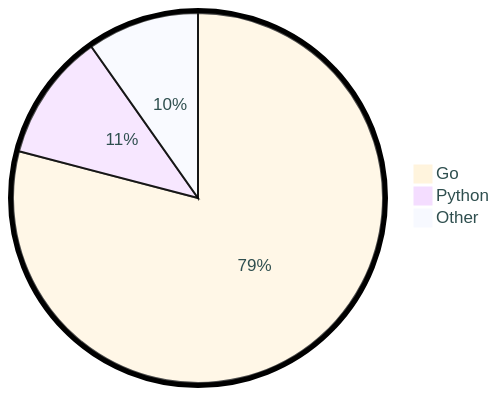
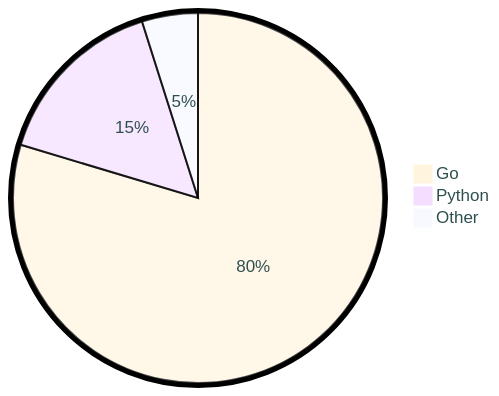
The diagram in README.md (tot0p/tot0p), drawn with Mermaid before and after one commit. The commit also changed other lines of this file, not shown here.

````diff
--- a/README.md
+++ b/README.md
@@ -77,7 +74,7 @@
 ```mermaid
 %%{init: {"pie": {"textPosition": 0.5}, "themeVariables": {"pieOuterStrokeWidth": "5px","primaryTextColor" : "#2F4F4F"},"theme":"base"} }%%
 pie
-	"Go": 79.07
-	"Python": 11.16
-	"Other": 9.769999999999998
+	"Go": 79.65
+	"Python": 15.47
+	"Other": 4.89
 ```
````
